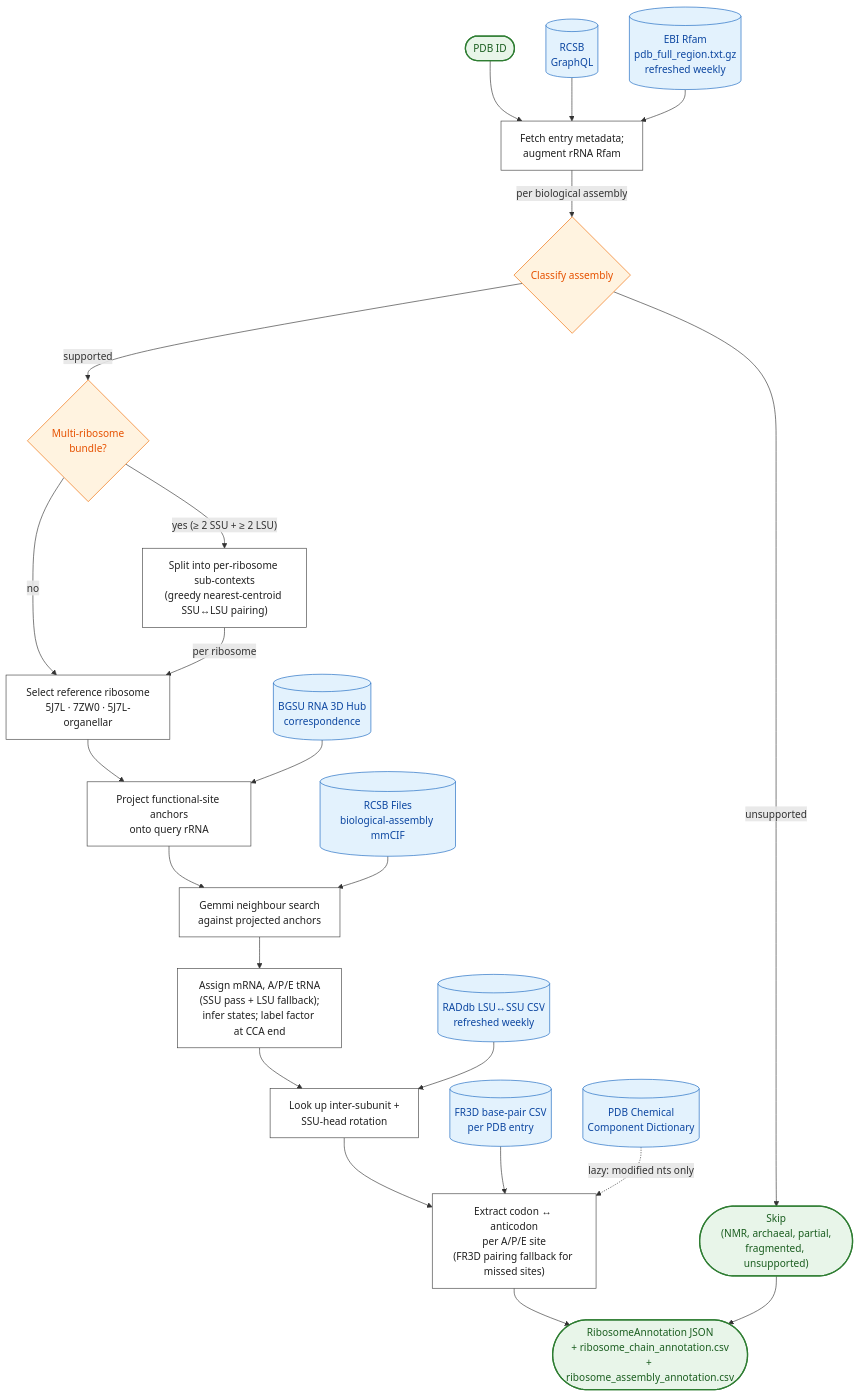
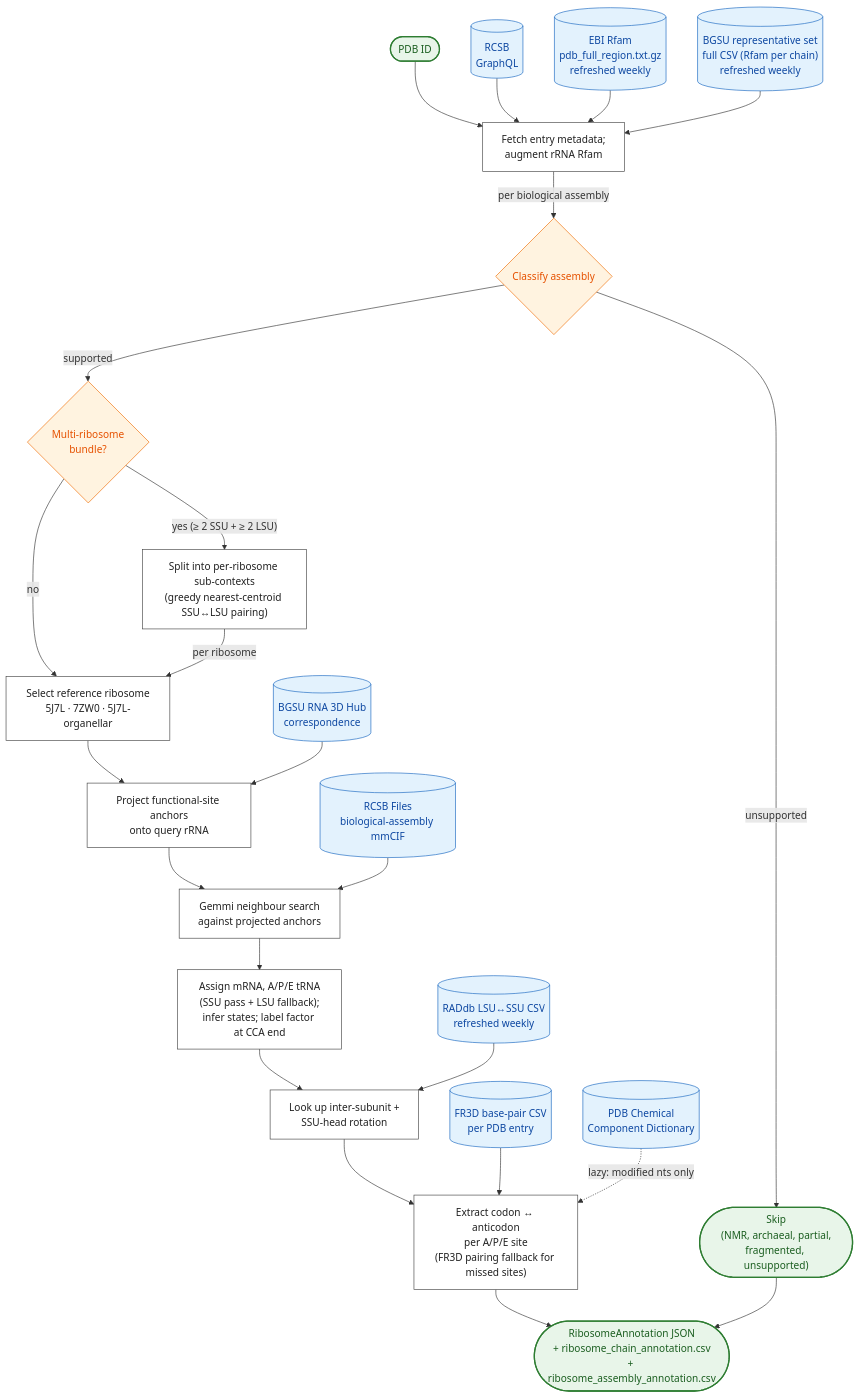
Before and after one commit to BGSU-RNA/ribosome-functional-annotation: the diagram in README.md, drawn with Mermaid. The commit also changed other lines of this file and 5 other files, not shown here.

First line of the commit message:
Add BGSU representative-set CSV as a weekly rRNA Rfam source

````diff
--- a/README.md
+++ b/README.md
@@ -166,58 +170,60 @@
 ```mermaid
 flowchart TD
     classDef source fill:#e3f2fd,stroke:#1565c0,color:#0d47a1
     classDef proc fill:#ffffff,stroke:#424242,color:#212121
     classDef io fill:#e8f5e9,stroke:#2e7d32,color:#1b5e20,stroke-width:2px
     classDef decision fill:#fff3e0,stroke:#ef6c00,color:#e65100
 
     Input(["PDB ID"]):::io
 
     %% External data sources
     RCSB[("RCSB<br/>GraphQL")]:::source
     RfamFile[("EBI Rfam<br/>pdb_full_region.txt.gz<br/>refreshed weekly")]:::source
+    NRList[("BGSU representative set<br/>full CSV (Rfam per chain)<br/>refreshed weekly")]:::source
     BGSU[("BGSU RNA 3D Hub<br/>correspondence")]:::source
     Coords[("RCSB Files<br/>biological-assembly mmCIF")]:::source
     RADdb[("RADdb LSU↔SSU CSV<br/>refreshed weekly")]:::source
     FR3D[("FR3D base-pair CSV<br/>per PDB entry")]:::source
     CCD[("PDB Chemical<br/>Component Dictionary")]:::source
 
     %% Processing stages
     Fetch["Fetch entry metadata;<br/>augment rRNA Rfam"]:::proc
     Classify{"Classify assembly"}:::decision
     Skip(["Skip<br/>(NMR, archaeal, partial,<br/>fragmented, unsupported)"]):::io
     Split{"Multi-ribosome<br/>bundle?"}:::decision
     SplitGeom["Split into per-ribosome sub-contexts<br/>(greedy nearest-centroid SSU↔LSU pairing)"]:::proc
     SelectRef["Select reference ribosome<br/>5J7L · 7ZW0 · 5J7L-organellar"]:::proc
     Anchors["Project functional-site anchors<br/>onto query rRNA"]:::proc
     Contacts["Gemmi neighbour search<br/>against projected anchors"]:::proc
     Assign["Assign mRNA, A/P/E tRNA<br/>(SSU pass + LSU fallback);<br/>infer states; label factor at CCA end"]:::proc
     Movements["Look up inter-subunit +<br/>SSU-head rotation"]:::proc
     Codon["Extract codon ↔ anticodon<br/>per A/P/E site<br/>(FR3D pairing fallback for missed sites)"]:::proc
 
     %% Output
     Output(["RibosomeAnnotation JSON<br/>+ ribosome_chain_annotation.csv<br/>+ ribosome_assembly_annotation.csv"]):::io
 
     %% Flow
     Input --> Fetch
     RCSB --> Fetch
     RfamFile --> Fetch
+    NRList --> Fetch
 
     Fetch -->|per biological assembly| Classify
     Classify -->|unsupported| Skip
     Classify -->|supported| Split
     Split -->|"yes (≥ 2 SSU + ≥ 2 LSU)"| SplitGeom
     Split -->|no| SelectRef
     SplitGeom -->|per ribosome| SelectRef
     SelectRef --> Anchors
     BGSU --> Anchors
     Anchors --> Contacts
     Coords --> Contacts
     Contacts --> Assign
     Assign --> Movements
     RADdb --> Movements
     Movements --> Codon
     FR3D --> Codon
     CCD -.->|lazy: modified nts only| Codon
     Codon --> Output
     Skip --> Output
 ```
````
